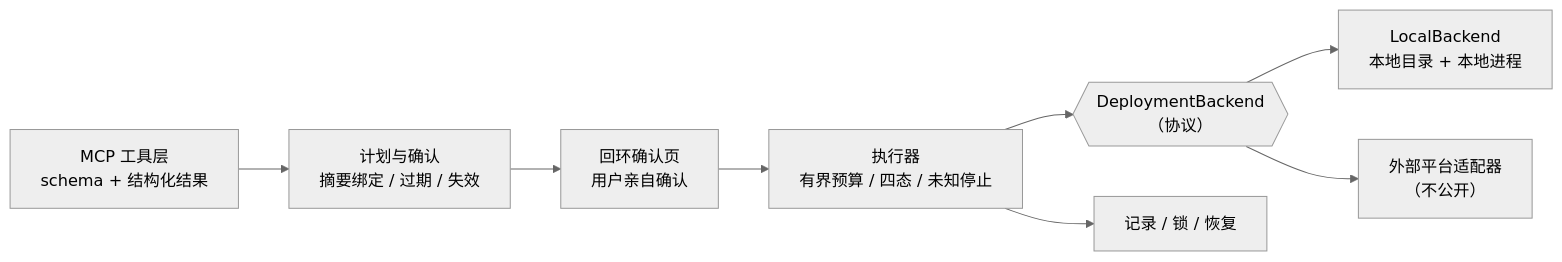
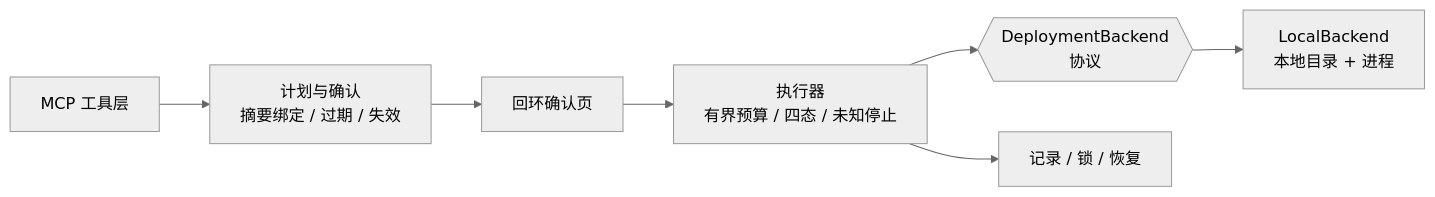
Before and after one commit to IAMCHF/ai-engineering-notes: the diagram in docs/02-mcp-open-source.md, drawn with Mermaid (neutral theme). The commit also changed other lines of this file and 6 other files, not shown here.

````diff
--- a/docs/02-mcp-open-source.md
+++ b/docs/02-mcp-open-source.md
@@ -64,10 +35,9 @@
 ```mermaid
 graph LR
-    MCP["MCP 工具层<br/>schema + 结构化结果"] --> PLAN["计划与确认<br/>摘要绑定 / 过期 / 失效"]
-    PLAN --> UI["回环确认页<br/>用户亲自确认"]
+    MCP["MCP 工具层"] --> PLAN["计划与确认<br/>摘要绑定 / 过期 / 失效"]
+    PLAN --> UI["回环确认页"]
     UI --> EXEC["执行器<br/>有界预算 / 四态 / 未知停止"]
-    EXEC --> BE{{"DeploymentBackend<br/>（协议）"}}
-    BE --> L["LocalBackend<br/>本地目录 + 本地进程"]
-    BE --> X["外部平台适配器<br/>（不公开）"]
+    EXEC --> BE{{"DeploymentBackend<br/>协议"}}
+    BE --> L["LocalBackend<br/>本地目录 + 进程"]
     EXEC --> REC["记录 / 锁 / 恢复"]
 ```
````
